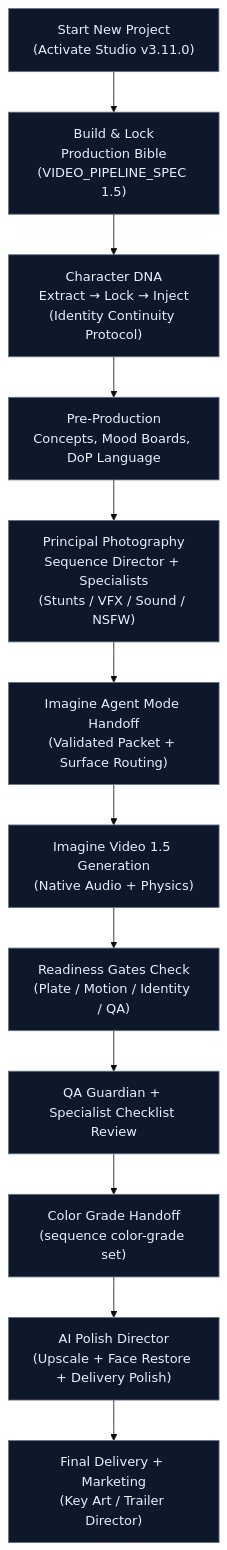
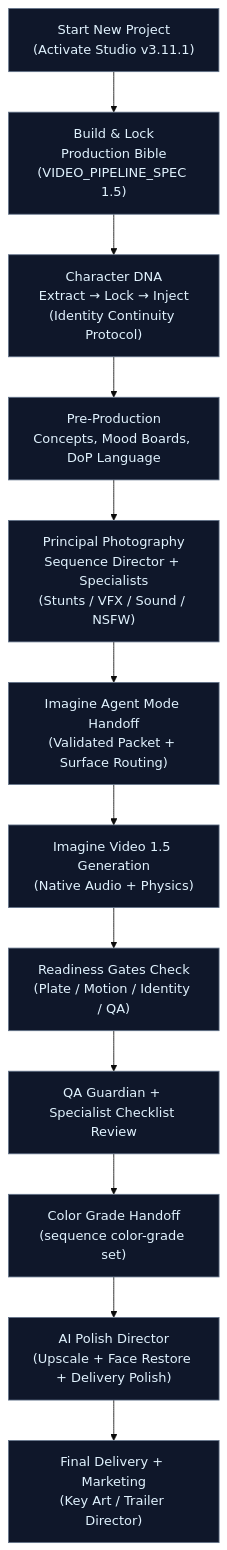
Before and after one commit to FineComputer14451/Grok-Imagine-Cinematic-Studio: the second of 2 diagrams in README.md, drawn with Mermaid (base theme). The commit also changed other lines of this file and 26 other files, not shown here.

````diff
--- a/README.md
+++ b/README.md
@@ -169,17 +176,17 @@
 ```mermaid
 flowchart TD
-    Start["Start New Project<br/>(Activate Studio v3.11.0)"] --> Bible["Build & Lock<br/>Production Bible<br/>(VIDEO_PIPELINE_SPEC 1.5)"]
+    Start["Start New Project<br/>(Activate Studio v3.11.1)"] --> Bible["Build & Lock<br/>Production Bible<br/>(VIDEO_PIPELINE_SPEC 1.5)"]
     Bible --> DNA["Character DNA<br/>Extract → Lock → Inject<br/>(Identity Continuity Protocol)"]
     DNA --> PreProd["Pre-Production<br/>Concepts, Mood Boards, DoP Language"]
     PreProd --> Principal["Principal Photography<br/>Sequence Director + Specialists<br/>(Stunts / VFX / Sound / NSFW)"]
     Principal --> Handoff["Imagine Agent Mode Handoff<br/>(Validated Packet + Surface Routing)"]
     Handoff --> Generate["Imagine Video 1.5 Generation<br/>(Native Audio + Physics)"]
     Generate --> Gates["Readiness Gates Check<br/>(Plate / Motion / Identity / QA)"]
     Gates --> Review["QA Guardian + Specialist Checklist Review"]
     Review --> Color["Color Grade Handoff<br/>(sequence color-grade set)"]
     Color --> Polish["AI Polish Director<br/>(Upscale + Face Restore + Delivery Polish)"]
     Polish --> Deliver["Final Delivery + Marketing<br/>(Key Art / Trailer Director)"]
 
     classDef step fill:#0f172a,stroke:#64748b,color:#e0f2fe
     class Start,Bible,DNA,PreProd,Principal,Handoff,Generate,Gates,Review,Color,Polish,Deliver step
 ```
````
